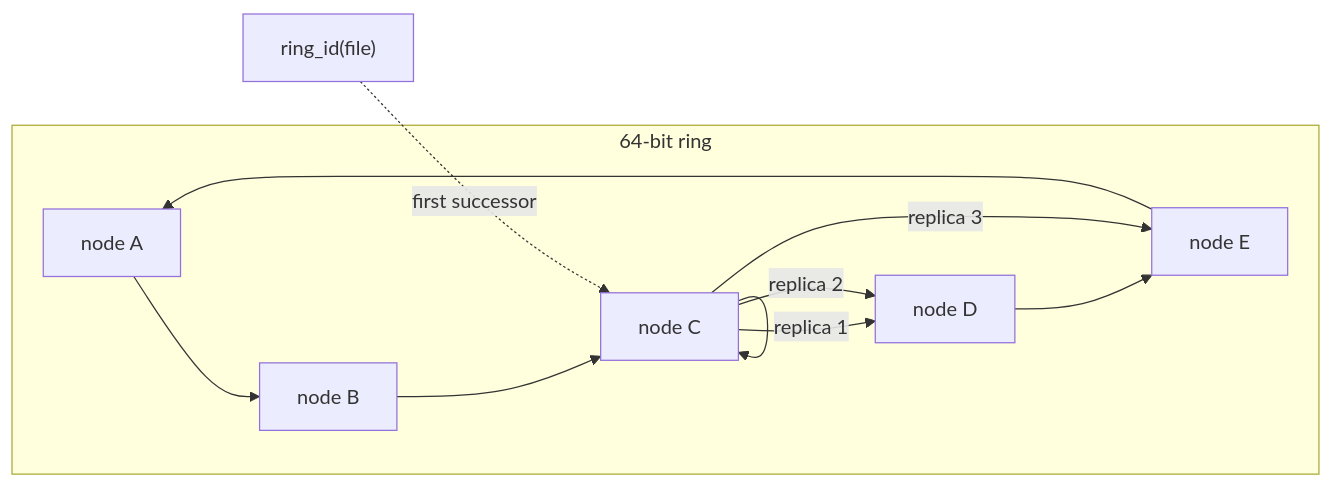
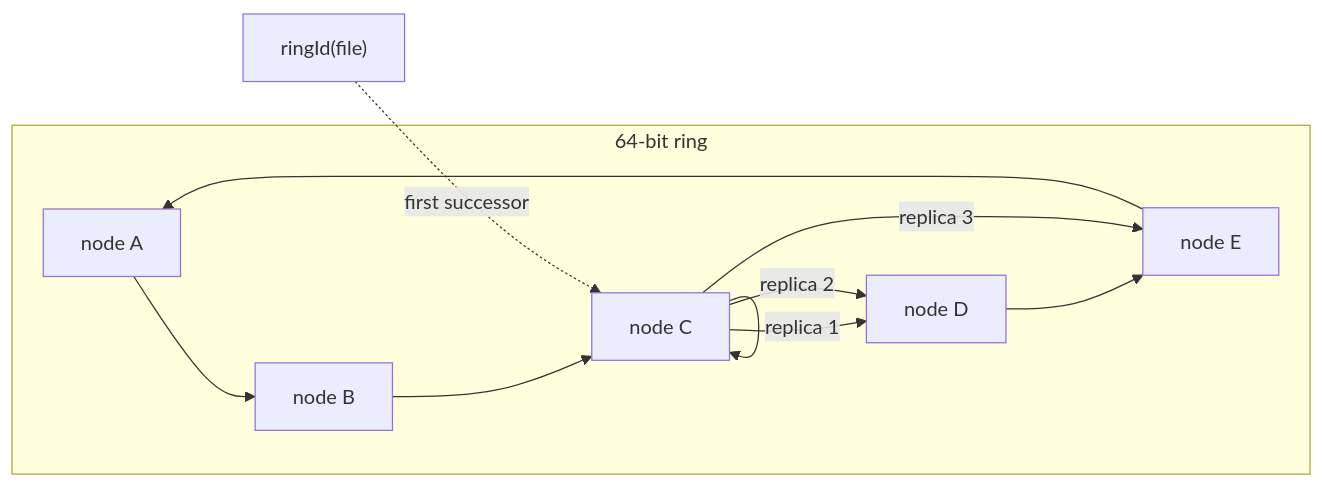
The first of 3 diagrams in docs/ARCHITECTURE.md (sushildalavi/aegisfs), drawn with Mermaid before and after one commit. The commit also changed other lines of this file and 108 other files, not shown here.

````diff
--- a/docs/ARCHITECTURE.md
+++ b/docs/ARCHITECTURE.md
@@ -129,10 +129,10 @@
 ```mermaid
 graph LR
   subgraph Ring[64-bit ring]
     A[node A] --> B[node B] --> C[node C] --> D[node D] --> E[node E] --> A
   end
-  F["ring_id(file)"] -.->|first successor| C
+  F["ringId(file)"] -.->|first successor| C
   C -->|replica 1| C
   C -->|replica 2| D
   C -->|replica 3| E
 ```
````
